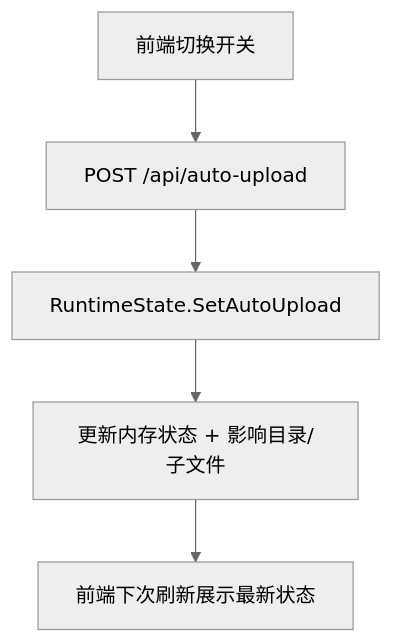
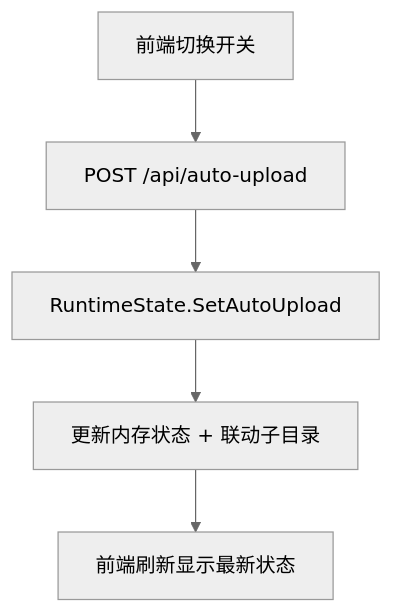
One commit to VioletEvergardenZz/GoWatchFile changed the third of 4 diagrams in docs/frontend-backend-linkage.md. Above: the diagram before and after it, drawn with Mermaid (neutral theme). The commit also changed other lines of this file and 22 other files, not shown here.

````diff
--- a/docs/frontend-backend-linkage.md
+++ b/docs/frontend-backend-linkage.md
@@ -96,7 +76,7 @@
 ```mermaid
 flowchart TD
   A[前端切换开关] --> B[POST /api/auto-upload]
   B --> C[RuntimeState.SetAutoUpload]
-  C --> D[更新内存状态 + 影响目录/子文件]
-  D --> E[前端下次刷新展示最新状态]
+  C --> D[更新内存状态 + 联动子目录]
+  D --> E[前端刷新显示最新状态]
 ```
````
